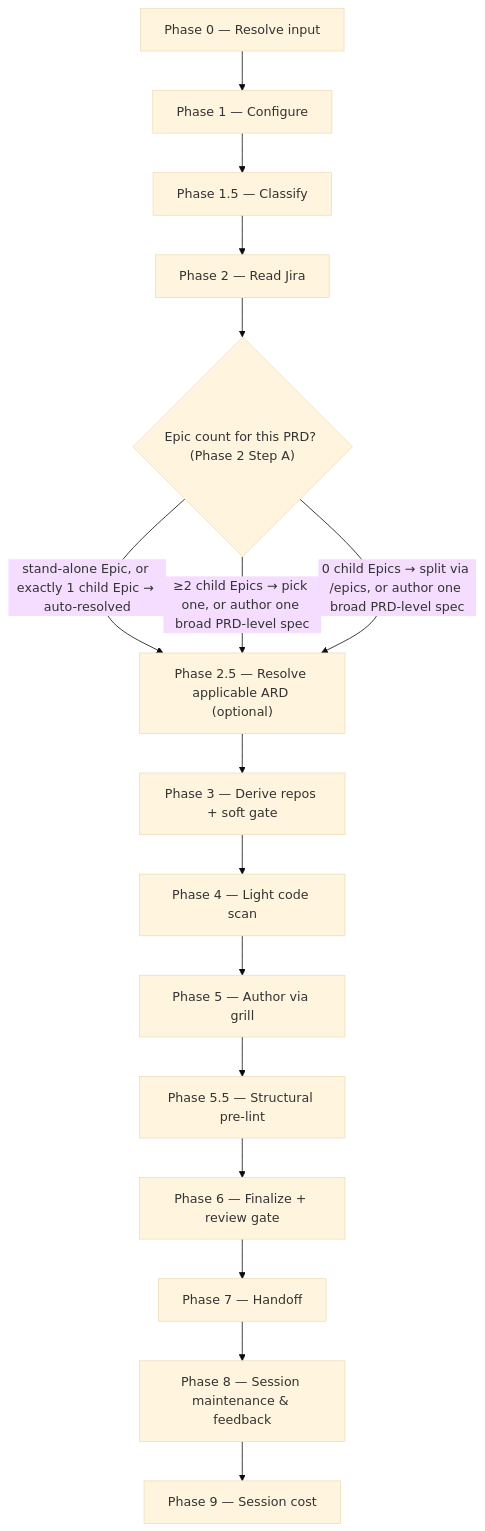
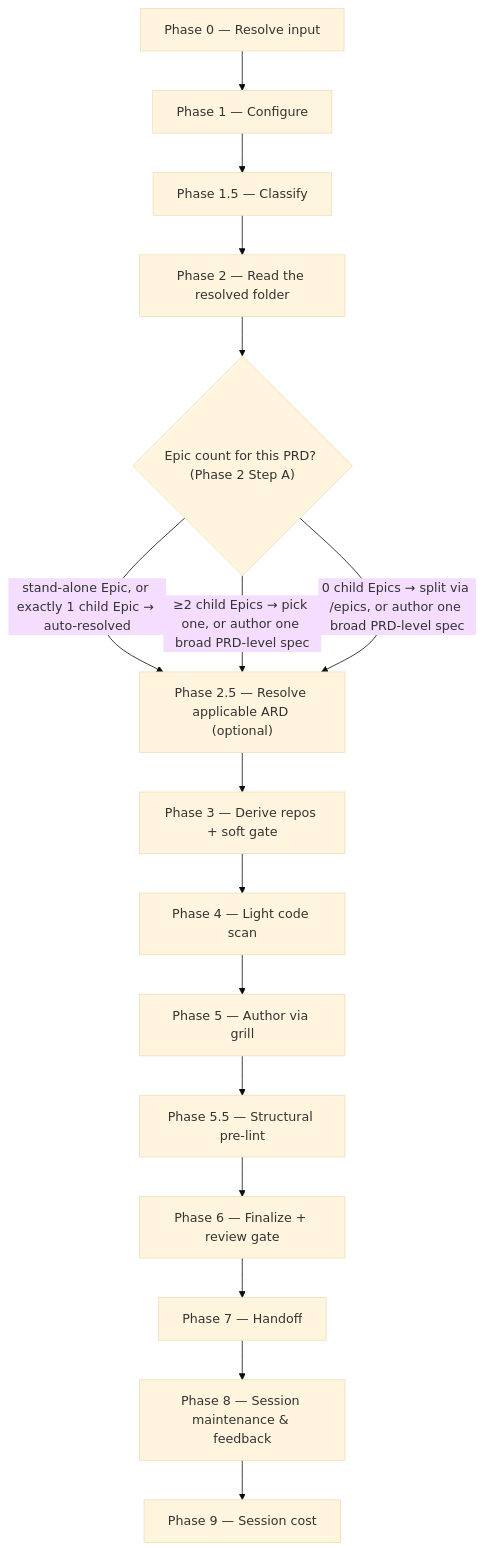
Before and after one commit to ihudak/ihudak-claude-plugins: the diagram in plugins/dev-workflows/docs/commands/specify.md, drawn with Mermaid (base theme). The commit also changed other lines of this file and 82 other files, not shown here.

````diff
--- a/plugins/dev-workflows/docs/commands/specify.md
+++ b/plugins/dev-workflows/docs/commands/specify.md
@@ -28,18 +28,18 @@
 ```mermaid
 flowchart TD
     p0["Phase 0 — Resolve input"] --> p1["Phase 1 — Configure"]
     p1 --> p15["Phase 1.5 — Classify"]
-    p15 --> p2["Phase 2 — Read Jira"]
+    p15 --> p2["Phase 2 — Read the resolved folder"]
     p2 --> d1{"Epic count for this PRD? (Phase 2 Step A)"}
     d1 -- "stand-alone Epic, or exactly 1 child Epic → auto-resolved" --> p25["Phase 2.5 — Resolve applicable ARD (optional)"]
     d1 -- "≥2 child Epics → pick one, or author one broad PRD-level spec" --> p25
     d1 -- "0 child Epics → split via /epics, or author one broad PRD-level spec" --> p25
     p25 --> p3["Phase 3 — Derive repos + soft gate"]
     p3 --> p4["Phase 4 — Light code scan"]
     p4 --> p5["Phase 5 — Author via grill"]
     p5 --> p55["Phase 5.5 — Structural pre-lint"]
     p55 --> p6["Phase 6 — Finalize + review gate"]
     p6 --> p7["Phase 7 — Handoff"]
     p7 --> p8["Phase 8 — Session maintenance & feedback"]
     p8 --> p9["Phase 9 — Session cost"]
 ```
````
